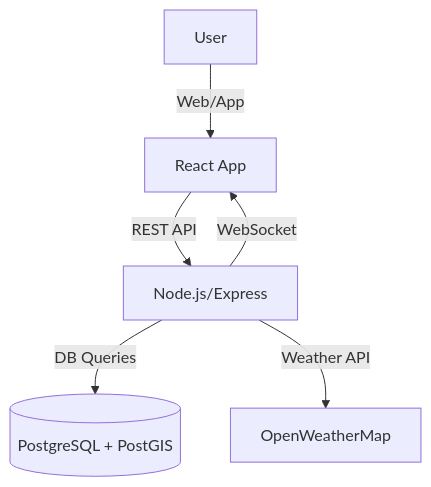
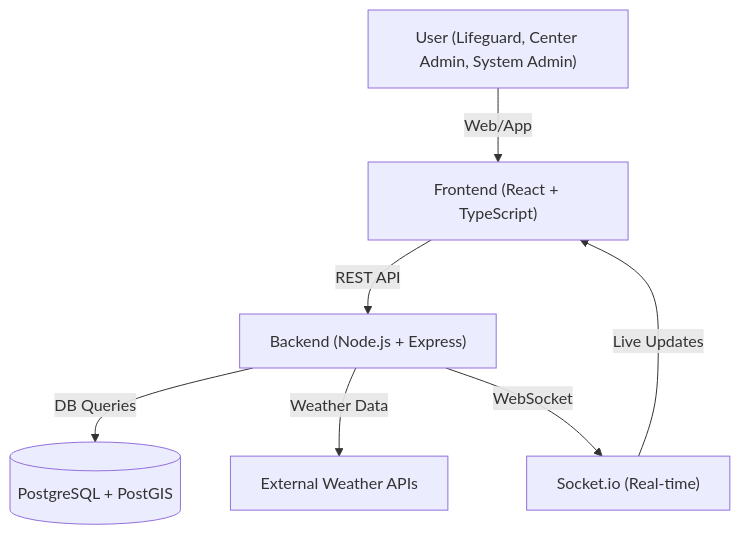
One commit to mounirchebbi/beach_safety_app changed the first of 2 diagrams in presentation.md. Above: the diagram before and after it, drawn with Mermaid. The commit also changed other lines of this file, not shown here.

````diff
--- a/presentation.md
+++ b/presentation.md
@@ -18,8 +56,16 @@
 ```mermaid
 graph TD;
-  User-->|Web/App|Frontend[React App]
-  Frontend-->|REST API|Backend[Node.js/Express]
-  Backend-->|DB Queries|PostgreSQL[(PostgreSQL + PostGIS)]
-  Backend-->|Weather API|OpenWeatherMap
-  Backend-->|WebSocket|Frontend
+  User["User (Lifeguard, Center Admin, System Admin)"]
+  Frontend["Frontend (React + TypeScript)"]
+  Backend["Backend (Node.js + Express)"]
+  DB[("PostgreSQL + PostGIS")]
+  WeatherAPI["External Weather APIs"]
+  Socket["Socket.io (Real-time)"]
+
+  User-->|Web/App|Frontend
+  Frontend-->|REST API|Backend
+  Backend-->|DB Queries|DB
+  Backend-->|Weather Data|WeatherAPI
+  Backend-->|WebSocket|Socket
+  Socket-->|Live Updates|Frontend
 ```
````
